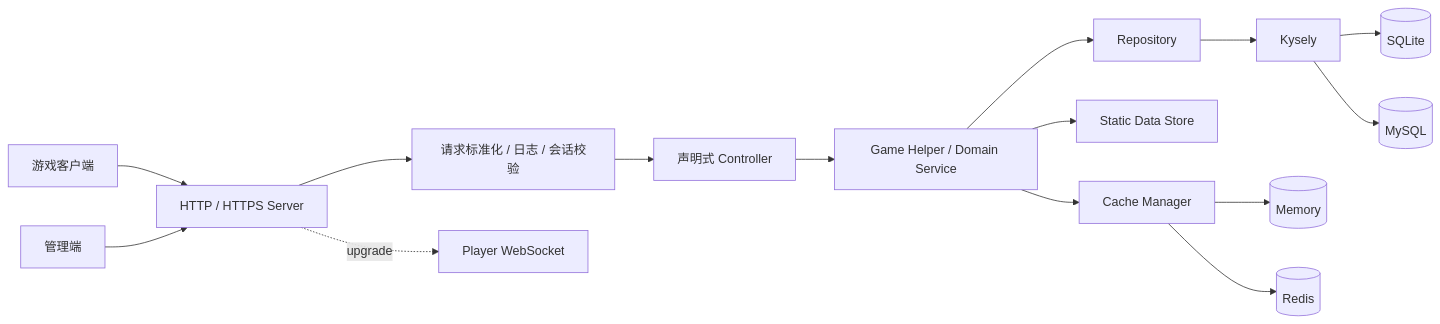
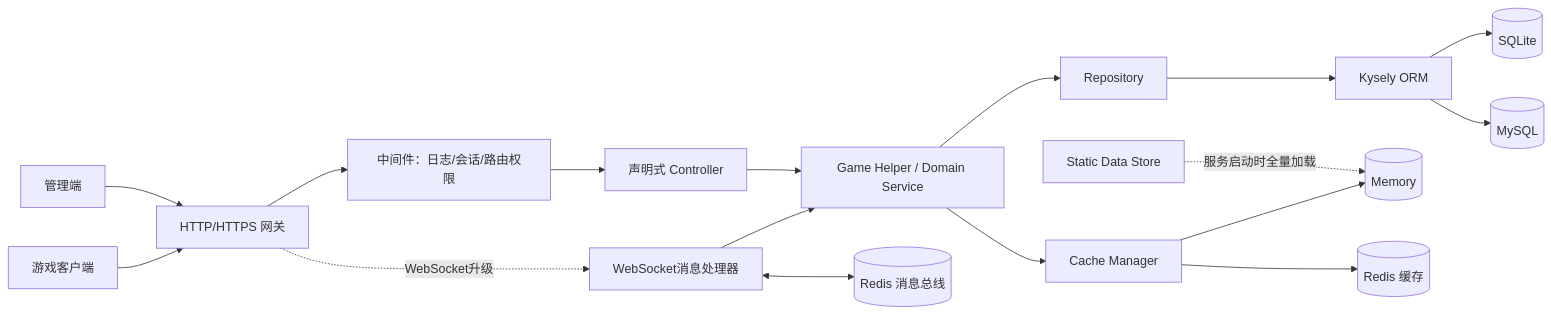
The diagram in README.md (Thexiaoyuqaq/that-sky-xysky-public), drawn with Mermaid before and after one commit.

Commit message:
更新架构设计文档，优化网关层和业务逻辑调用的描述

````diff
--- a/README.md
+++ b/README.md
@@ -77,17 +77,32 @@
 ```mermaid
 flowchart LR
-    C[游戏客户端] --> H[HTTP / HTTPS Server]
+    %% 客户端与入口
+    C[游戏客户端] --> H[HTTP/HTTPS 网关]
     A[管理端] --> H
-    H --> M[请求标准化 / 日志 / 会话校验]
+
+    %% 网关层：路由隔离
+    H --> M[中间件：日志/会话/路由权限]
     M --> R[声明式 Controller]
-    R --> B[Game Helper / Domain Service]
+
+    %% WebSocket 升级与集群同步
+    H -. WebSocket升级 .-> W[WebSocket消息处理器]
+    W --> B[Game Helper / Domain Service]
+    W <--> RedisBus[(Redis 消息总线)]
+
+    %% 业务逻辑调用
+    R --> B
+
+    %% 数据持久层（区分环境）
     B --> P[Repository]
-    P --> K[Kysely]
-    K --> D1[(SQLite)]
+    P --> K[Kysely ORM]
+    K --> D1[(SQLite)] 
     K --> D2[(MySQL)]
-    B --> S[Static Data Store]
+
+    %% 多级缓存层
     B --> CA[Cache Manager]
     CA --> C1[(Memory)]
-    CA --> C2[(Redis)]
-    H -. upgrade .-> W1[Player WebSocket]
+    CA --> RedisCache[(Redis 缓存)]
+
+    %% 静态配置表
+    S[Static Data Store] -. 服务启动时全量加载 .-> C1
 ```
````
